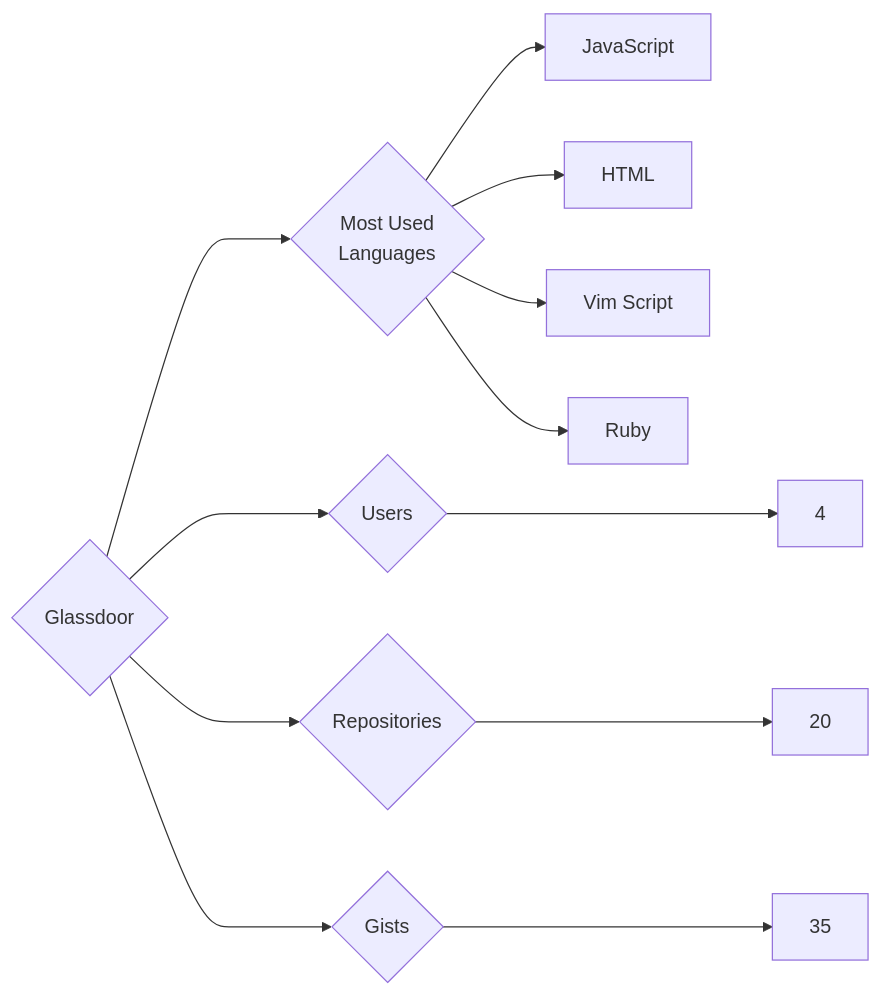
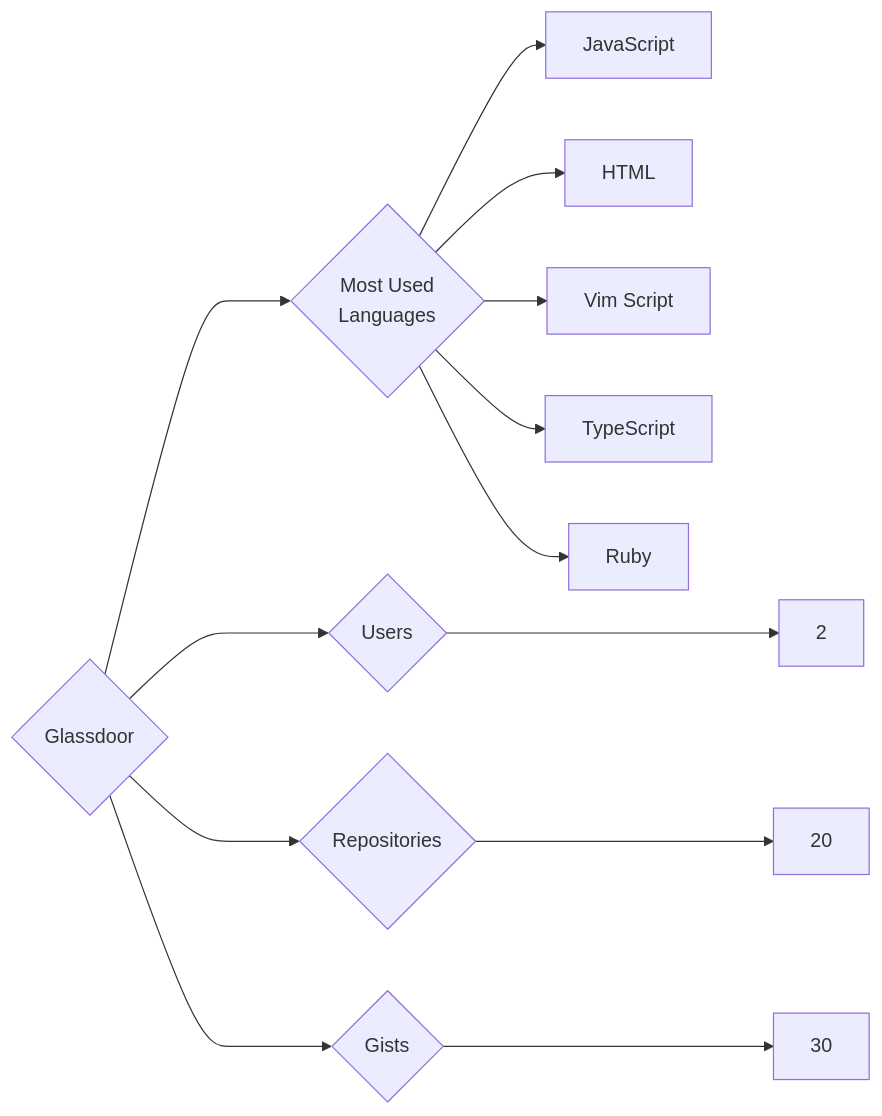
Before and after one commit to trickest/insiders: the diagram in targets/Glassdoor/README.md, drawn with Mermaid. The commit also changed 880 other files, not shown here.

````diff
--- a/targets/Glassdoor/README.md
+++ b/targets/Glassdoor/README.md
@@ -3,12 +3,13 @@
 ```mermaid
 graph LR
 COMPANY_NAME{Glassdoor}
-COMPANY_NAME ---> U{Users} ---> UN[4]
+COMPANY_NAME ---> U{Users} ---> UN[2]
 COMPANY_NAME ---> R{Repositories} ---> RN[20]
-COMPANY_NAME ---> G{Gists} ---> GN[35]
+COMPANY_NAME ---> G{Gists} ---> GN[30]
 COMPANY_NAME ---> ML{Most Used<br>Languages}
 ML --> JavaScript[JavaScript]
 ML --> HTML[HTML]
 ML --> Vim_Script[Vim Script]
+ML --> TypeScript[TypeScript]
 ML --> Ruby[Ruby]
 ```
````
